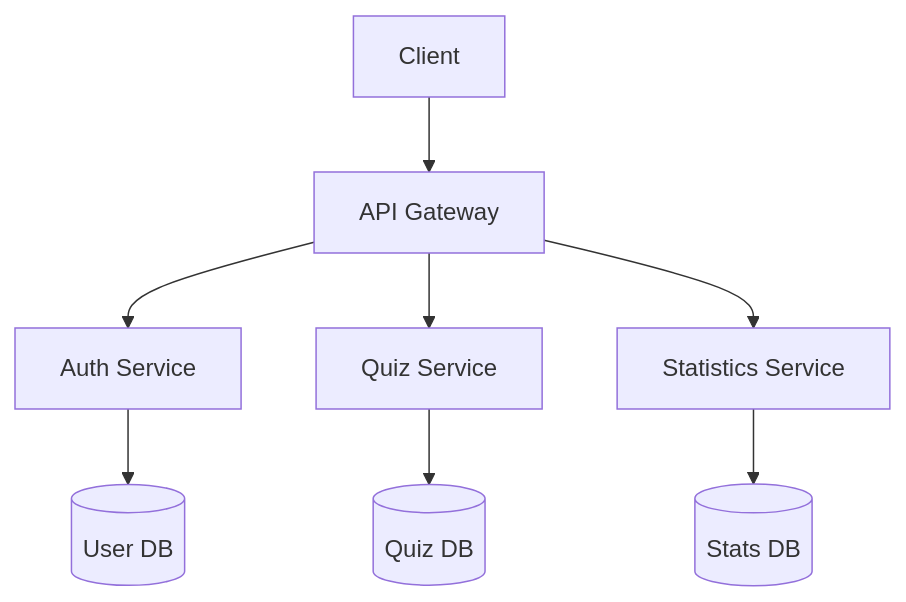
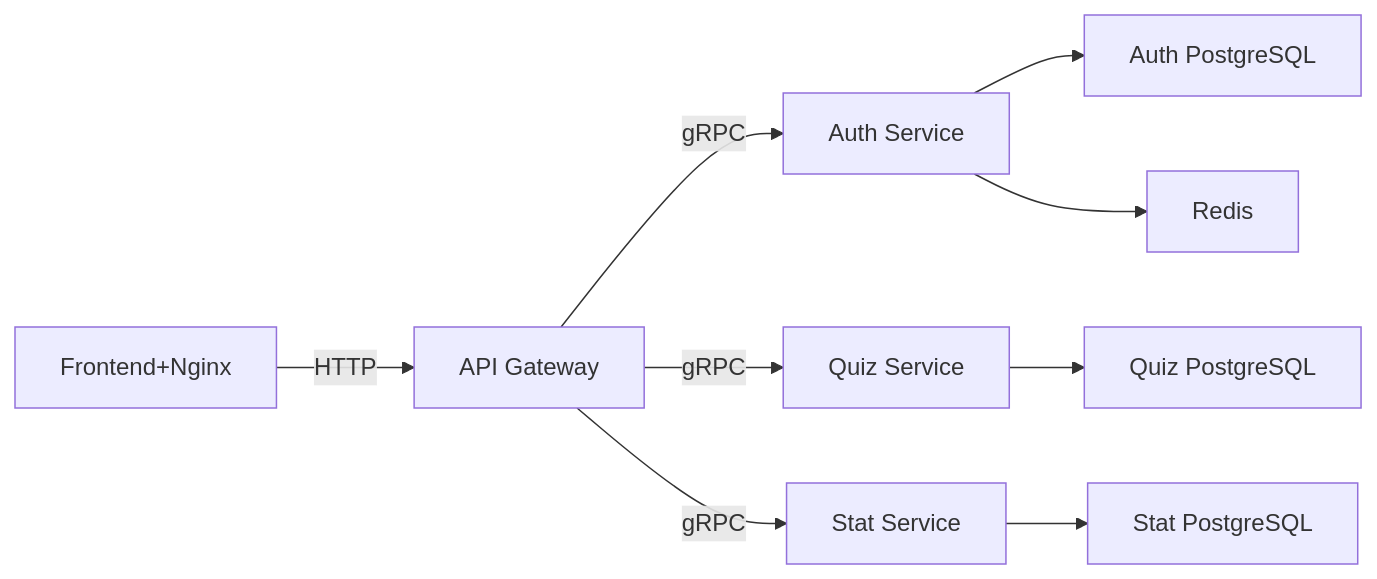
One commit to Komissarich/Easy-Quizy changed the first of 2 diagrams in README.md. Above: the diagram before and after it, drawn with Mermaid. The commit also changed other lines of this file, not shown here.

````diff
--- a/README.md
+++ b/README.md
@@ -27,10 +31,11 @@
 ```mermaid
-graph TD
-    A[Client] --> B[API Gateway]
-    B --> C[Auth Service]
-    B --> D[Quiz Service]
-    B --> E[Statistics Service]
-    C --> F[(User DB)]
-    D --> G[(Quiz DB)]
-    E --> H[(Stats DB)]
+graph LR
+    A[Frontend+Nginx] -->|HTTP| B[API Gateway]
+    B -->|gRPC| C[Auth Service]
+    B -->|gRPC| D[Quiz Service]
+    B -->|gRPC| E[Stat Service]
+    C --> F[Auth PostgreSQL]
+    D --> G[Quiz PostgreSQL]
+    E --> H[Stat PostgreSQL]
+    C --> I[Redis]
 ```
````
